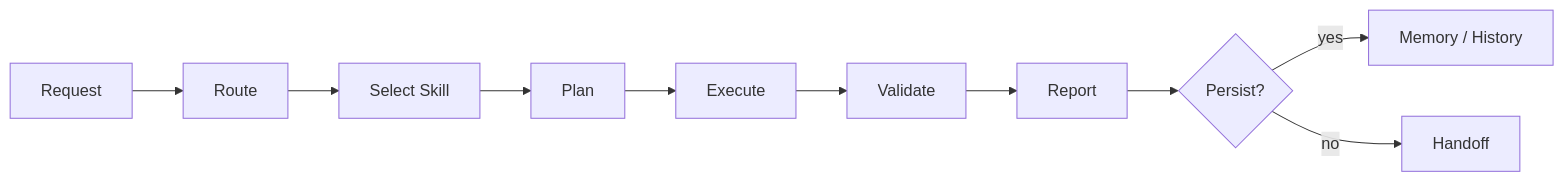
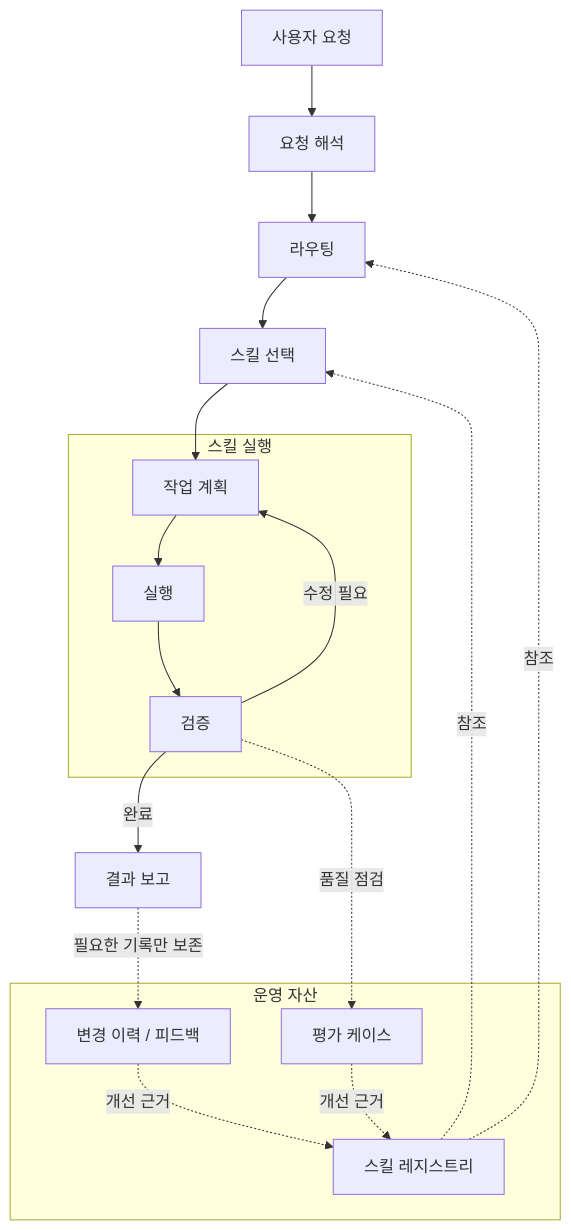
Before and after one commit to jhan153/skill-system: the diagram in README.ko.md, drawn with Mermaid. The commit also changed other lines of this file and 1 other file, not shown here.

First line of the commit message:
refactor: rename Personal Skill System to AI Skill System and update documentation

````diff
--- a/README.ko.md
+++ b/README.ko.md
@@ -190,12 +38,29 @@
 ```mermaid
-flowchart LR
-  A[Request] --> B[Route]
-  B --> C[Select Skill]
-  C --> D[Plan]
-  D --> E[Execute]
-  E --> F[Validate]
-  F --> G[Report]
-  G --> H{Persist?}
-  H -- yes --> I[Memory / History]
-  H -- no --> J[Handoff]
+flowchart TB
+  A[사용자 요청] --> B[요청 해석]
+
+  B --> C[라우팅]
+  C --> D[스킬 선택]
+  D --> E[작업 계획]
+
+  subgraph S[스킬 실행]
+    E --> F[실행]
+    F --> G[검증]
+    G -- 수정 필요 --> E
+  end
+
+  G -- 완료 --> H[결과 보고]
+
+  subgraph K[운영 자산]
+    R[스킬 레지스트리]
+    V[평가 케이스]
+    L[변경 이력 / 피드백]
+  end
+
+  R -. 참조 .-> C
+  R -. 참조 .-> D
+  G -. 품질 점검 .-> V
+  H -. 필요한 기록만 보존 .-> L
+  V -. 개선 근거 .-> R
+  L -. 개선 근거 .-> R
 ```
````
